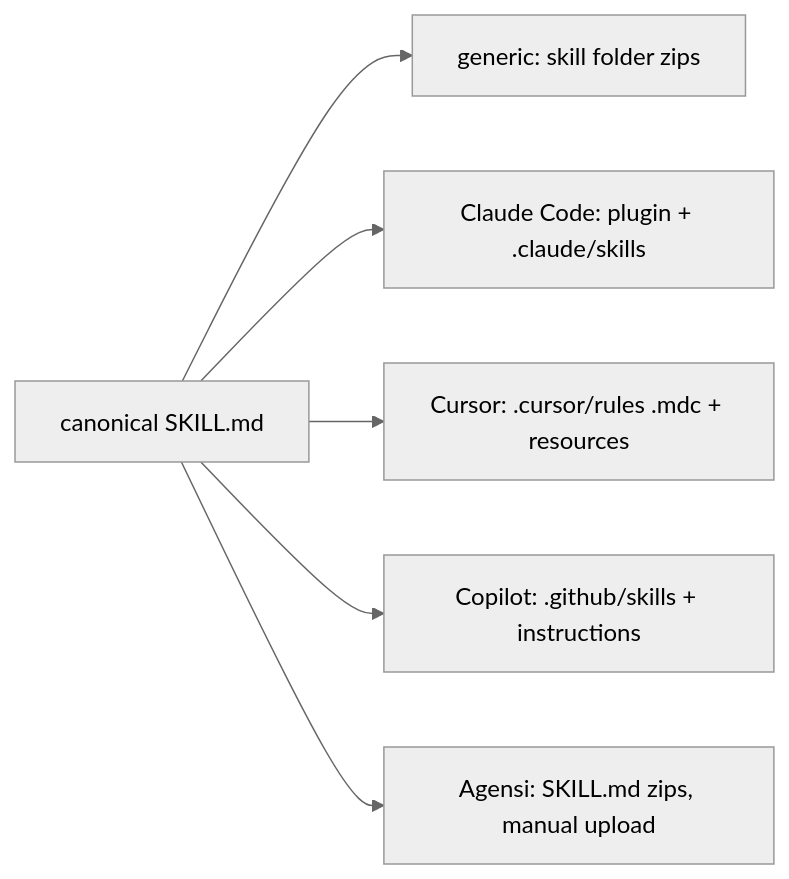
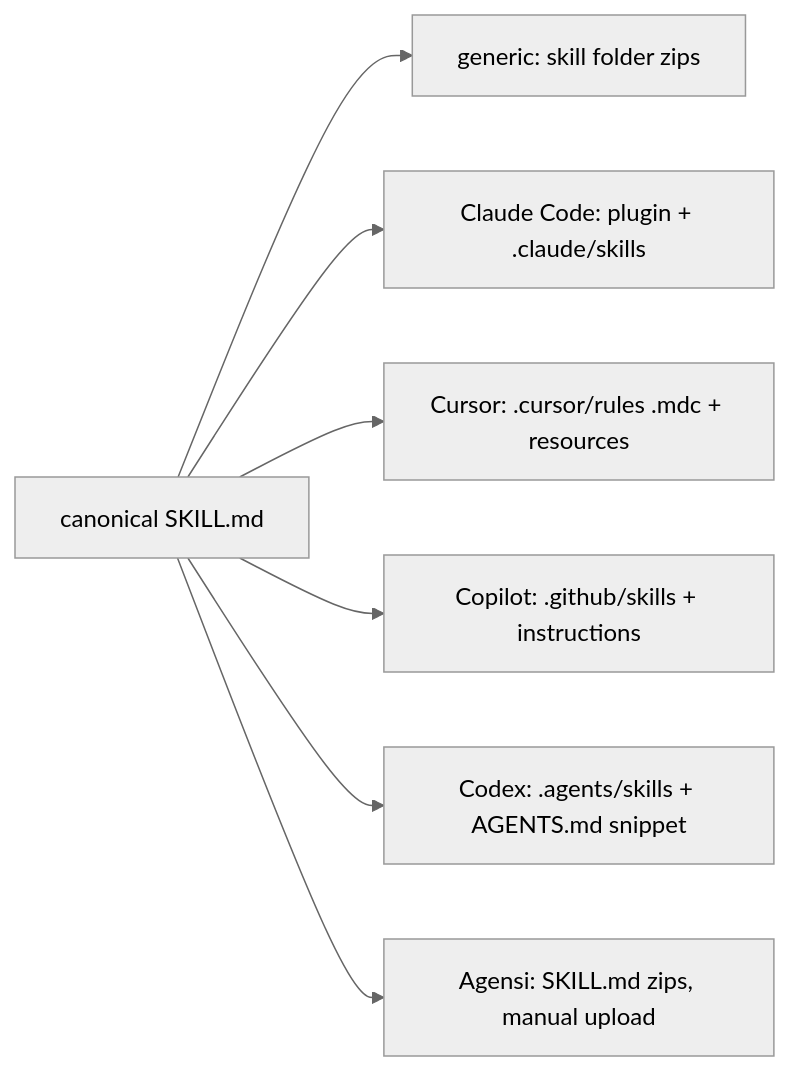
Before and after one commit to dharmsahu-hash/knowledgewala-ai-engineering-skills: the fourth of 5 diagrams in ARCHITECTURE.md, drawn with Mermaid (neutral theme). The commit also changed 59 other files, not shown here.

````diff
--- a/ARCHITECTURE.md
+++ b/ARCHITECTURE.md
@@ -67,8 +67,9 @@
 ```mermaid
 flowchart LR
   C[canonical SKILL.md] --> G[generic: skill folder zips]
   C --> CC[Claude Code: plugin + .claude/skills]
   C --> CU[Cursor: .cursor/rules .mdc + resources]
   C --> GH[Copilot: .github/skills + instructions]
+  C --> CX[Codex: .agents/skills + AGENTS.md snippet]
   C --> AG[Agensi: SKILL.md zips, manual upload]
 ```
````
